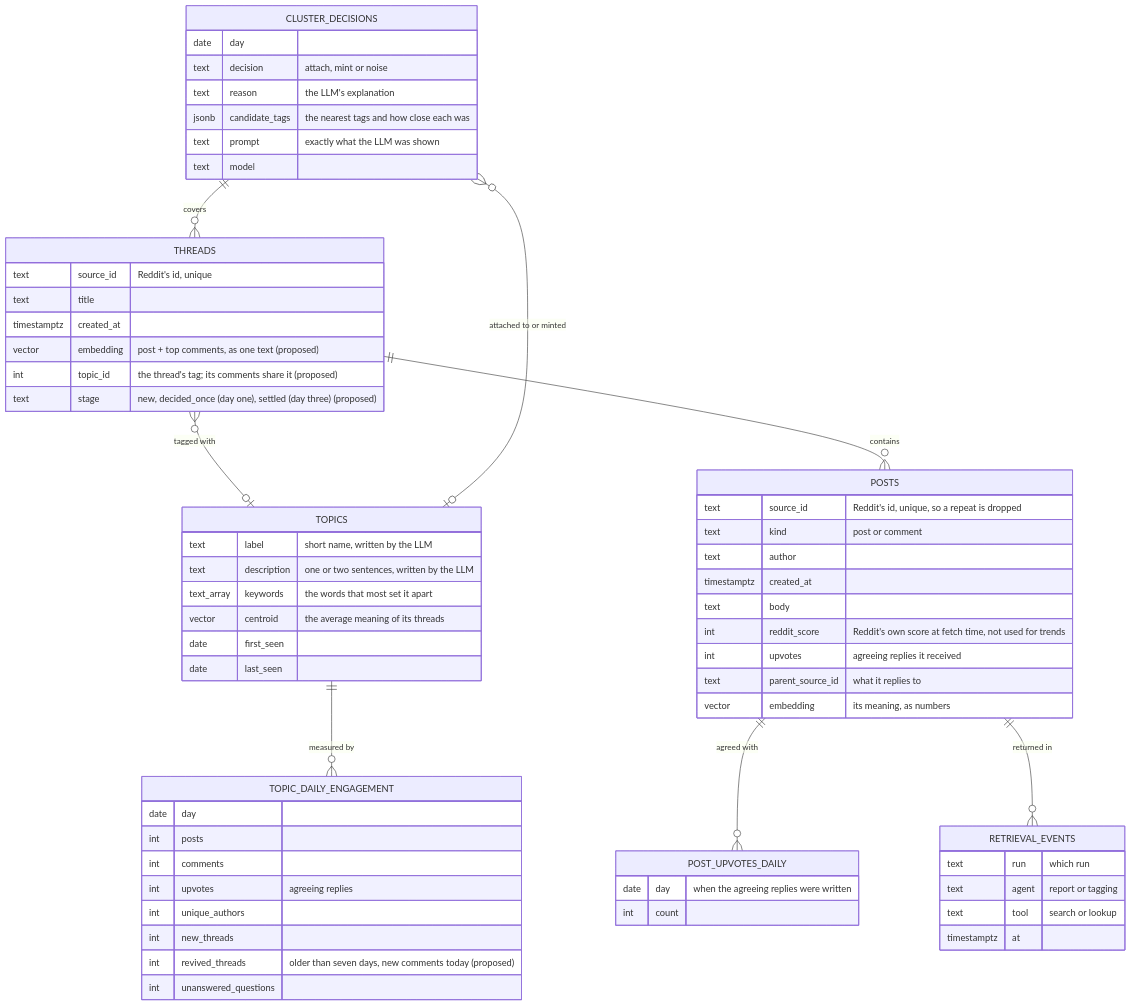
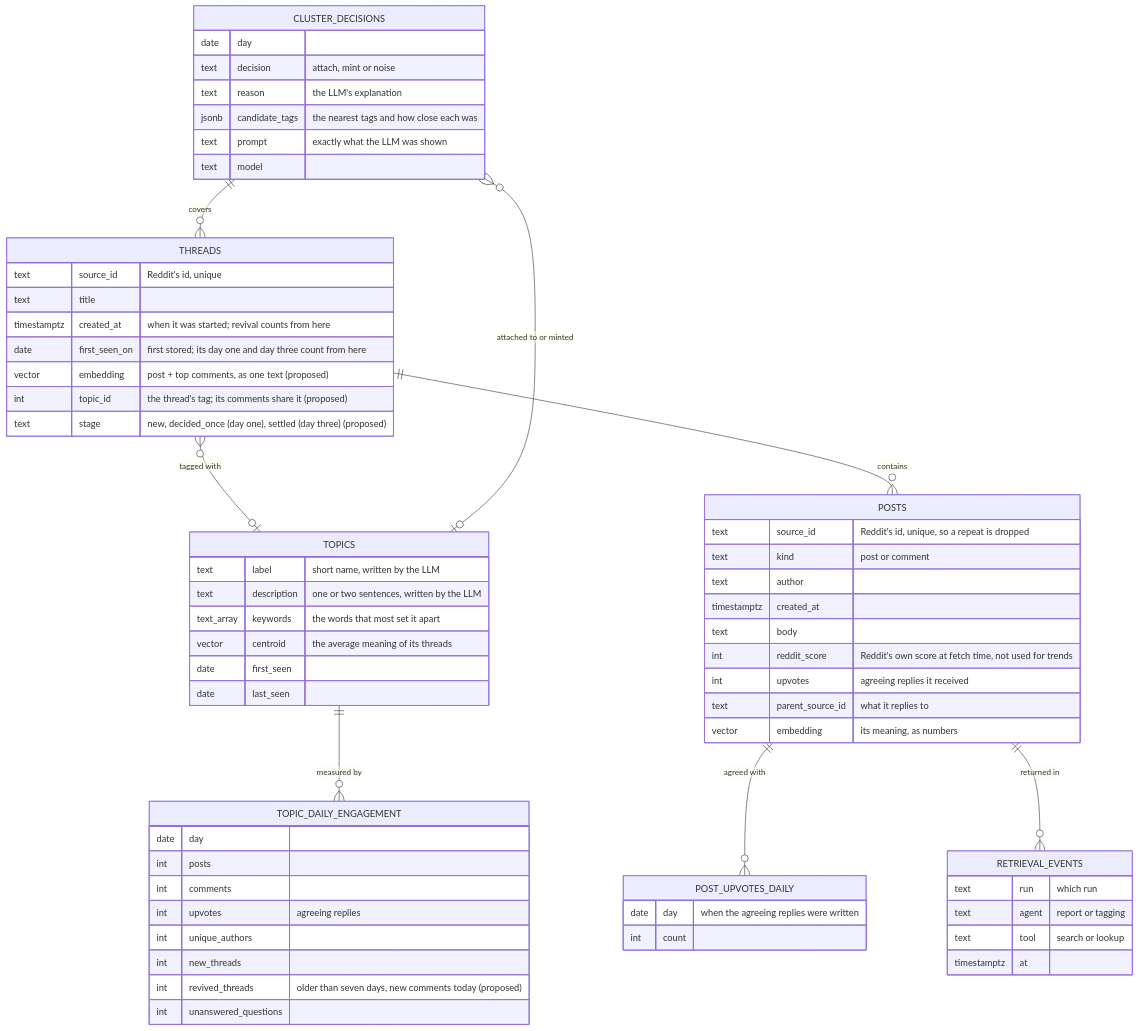
One commit to brianaderer/transcendent changed the first of 2 diagrams in docs/atlas/20-data-model/21-topics.md. Above: the diagram before and after it, drawn with Mermaid. The commit also changed other lines of this file and 3 other files, not shown here.

````diff
--- a/docs/atlas/20-data-model/21-topics.md
+++ b/docs/atlas/20-data-model/21-topics.md
@@ -37,66 +40,67 @@
 ```mermaid
 erDiagram
     THREADS ||--o{ POSTS : contains
     THREADS }o--o| TOPICS : "tagged with"
     POSTS ||--o{ POST_UPVOTES_DAILY : "agreed with"
     TOPICS ||--o{ TOPIC_DAILY_ENGAGEMENT : "measured by"
     CLUSTER_DECISIONS }o--o| TOPICS : "attached to or minted"
     CLUSTER_DECISIONS ||--o{ THREADS : "covers"
     POSTS ||--o{ RETRIEVAL_EVENTS : "returned in"
 
     THREADS {
         text source_id "Reddit's id, unique"
         text title
-        timestamptz created_at
+        timestamptz created_at "when it was started; revival counts from here"
+        date first_seen_on "first stored; its day one and day three count from here"
         vector embedding "post + top comments, as one text (proposed)"
         int topic_id "the thread's tag; its comments share it (proposed)"
         text stage "new, decided_once (day one), settled (day three) (proposed)"
     }
     POSTS {
         text source_id "Reddit's id, unique, so a repeat is dropped"
         text kind "post or comment"
         text author
         timestamptz created_at
         text body
         int reddit_score "Reddit's own score at fetch time, not used for trends"
         int upvotes "agreeing replies it received"
         text parent_source_id "what it replies to"
         vector embedding "its meaning, as numbers"
     }
     POST_UPVOTES_DAILY {
         date day "when the agreeing replies were written"
         int count
     }
     TOPICS {
         text label "short name, written by the LLM"
         text description "one or two sentences, written by the LLM"
         text_array keywords "the words that most set it apart"
         vector centroid "the average meaning of its threads"
         date first_seen
         date last_seen
     }
     TOPIC_DAILY_ENGAGEMENT {
         date day
         int posts
         int comments
         int upvotes "agreeing replies"
         int unique_authors
         int new_threads
         int revived_threads "older than seven days, new comments today (proposed)"
         int unanswered_questions
     }
     CLUSTER_DECISIONS {
         date day
         text decision "attach, mint or noise"
         text reason "the LLM's explanation"
         jsonb candidate_tags "the nearest tags and how close each was"
         text prompt "exactly what the LLM was shown"
         text model
     }
     RETRIEVAL_EVENTS {
         text run "which run"
         text agent "report or tagging"
         text tool "search or lookup"
         timestamptz at
     }
 ```
````
